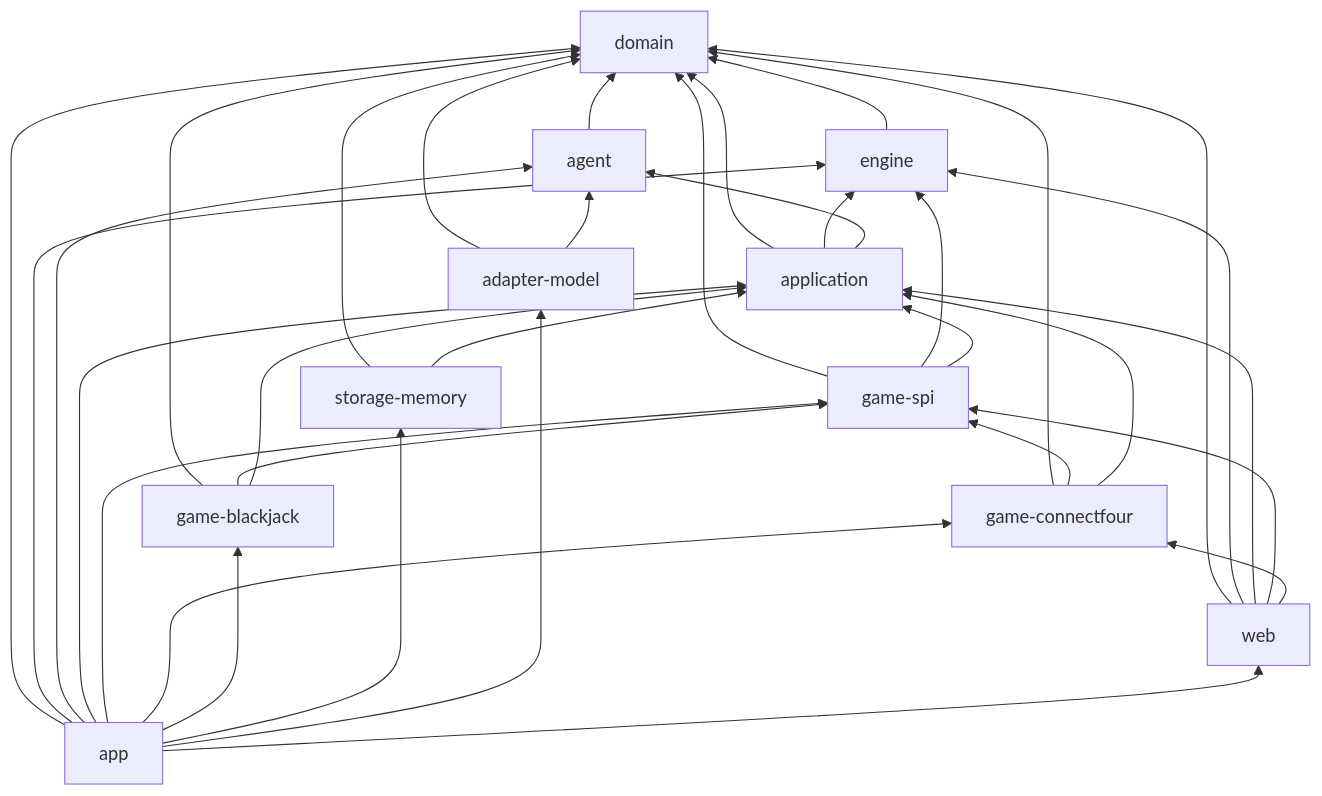
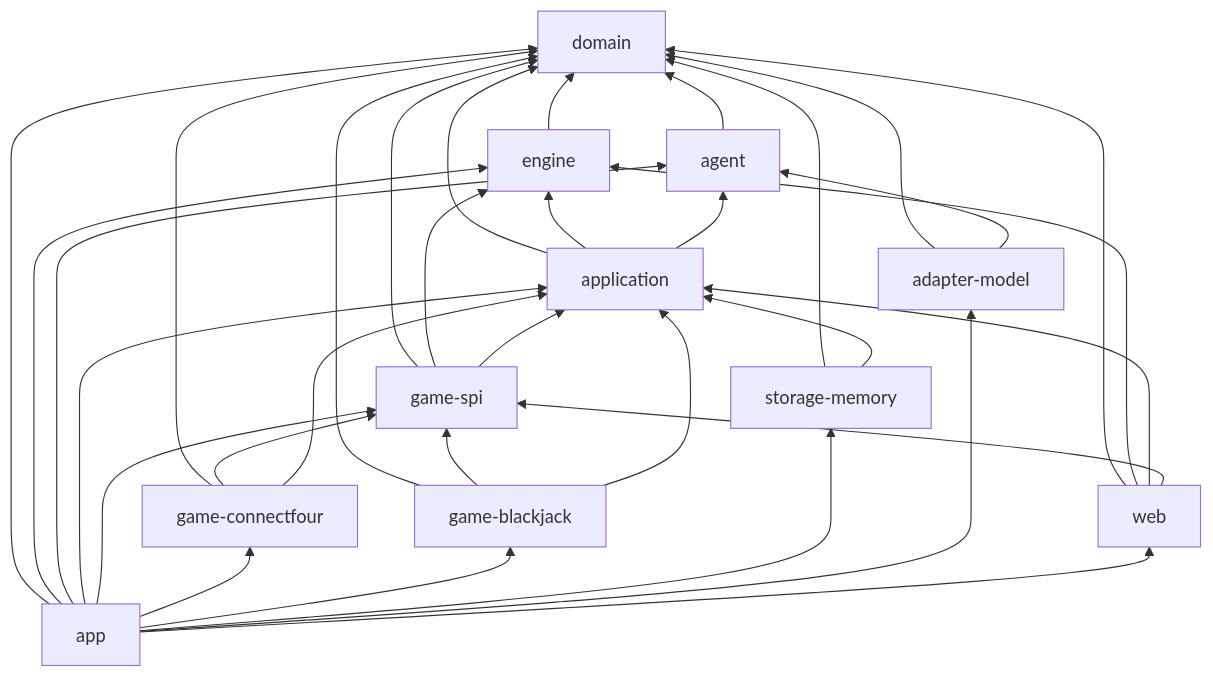
One commit to boji-today/frayground changed the first of 11 diagrams in backend/DESIGN.md. Above: the diagram before and after it, drawn with Mermaid. The commit also changed 6 other files, not shown here.

````diff
--- a/backend/DESIGN.md
+++ b/backend/DESIGN.md
@@ -13,36 +13,35 @@
 ```mermaid
 flowchart BT
   engine --> domain
   agent --> domain
   application --> domain
   application --> engine
   application --> agent
   spi[game-spi] --> domain
   spi --> engine
   spi --> application
   c4[game-connectfour] --> domain
   c4 --> spi
   c4 --> application
   bj[game-blackjack] --> domain
   bj --> spi
   bj --> application
   memory[storage-memory] --> domain
   memory --> application
   model[adapter-model] --> domain
   model --> agent
   web --> domain
   web --> engine
   web --> application
   web --> spi
-  web --> c4
   app --> domain
   app --> engine
   app --> agent
   app --> application
   app --> spi
   app --> c4
   app --> bj
   app --> memory
   app --> model
   app --> web
 ```
````
